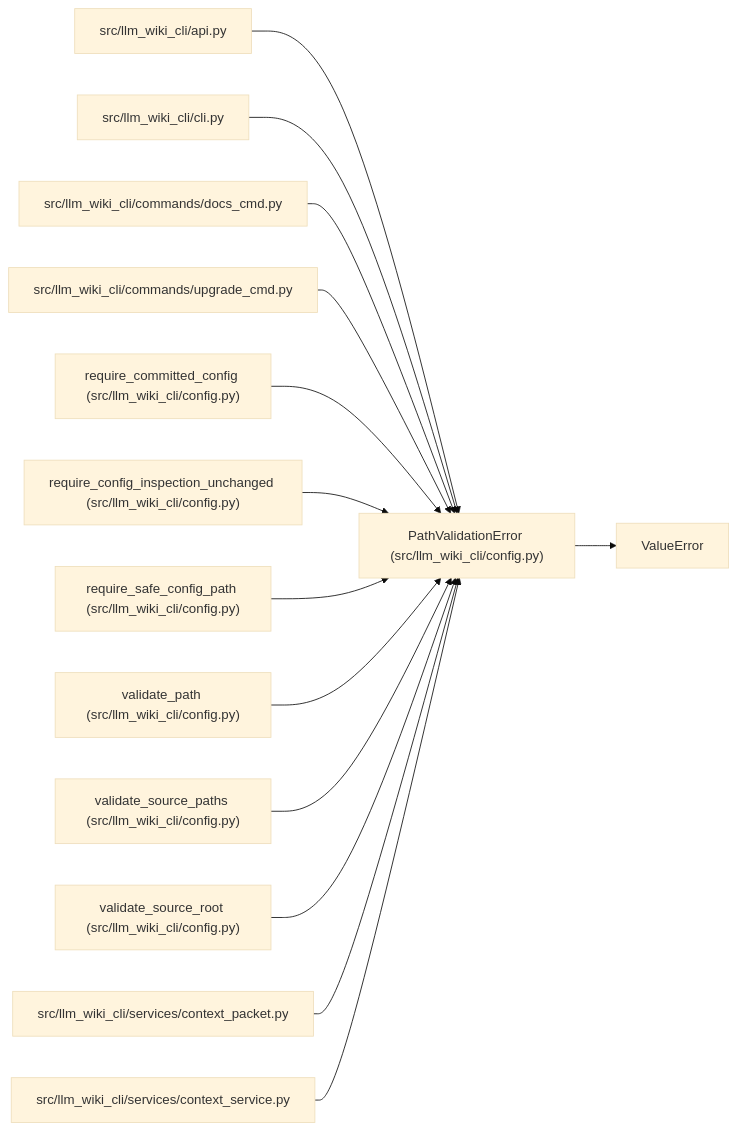
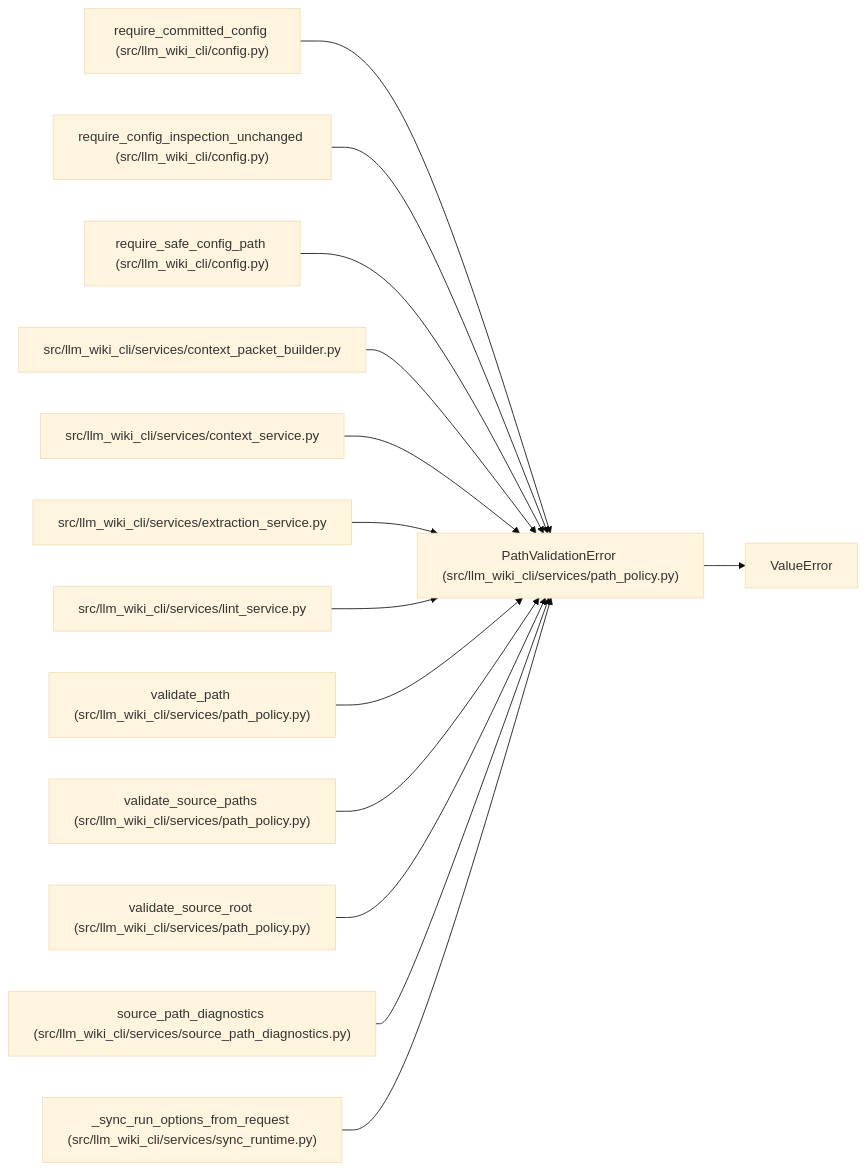
One commit to Denissvgn/python-wiki-llm changed the diagram in docs/llm_wiki/entities/PathValidationError.md. Above: the diagram before and after it, drawn with Mermaid (base theme). The commit also changed other lines of this file and 1555 other files, not shown here.

````diff
--- a/docs/llm_wiki/entities/PathValidationError.md
+++ b/docs/llm_wiki/entities/PathValidationError.md
@@ -23,43 +23,43 @@
 ```mermaid
 flowchart LR
-    n0["PathValidationError (src/llm_wiki_cli/config.py)"]
+    n0["PathValidationError (src/llm_wiki_cli/services/path_policy.py)"]
     n1["ValueError"]
-    n2["src/llm_wiki_cli/api.py"]
-    n3["src/llm_wiki_cli/cli.py"]
-    n4["src/llm_wiki_cli/commands/docs_cmd.py"]
-    n5["src/llm_wiki_cli/commands/upgrade_cmd.py"]
-    n6["require_committed_config (src/llm_wiki_cli/config.py)"]
-    n7["require_config_inspection_unchanged (src/llm_wiki_cli/config.py)"]
-    n8["require_safe_config_path (src/llm_wiki_cli/config.py)"]
-    n9["validate_path (src/llm_wiki_cli/config.py)"]
-    n10["validate_source_paths (src/llm_wiki_cli/config.py)"]
-    n11["validate_source_root (src/llm_wiki_cli/config.py)"]
-    n12["src/llm_wiki_cli/services/context_packet.py"]
-    n13["src/llm_wiki_cli/services/context_service.py"]
+    n2["require_committed_config (src/llm_wiki_cli/config.py)"]
+    n3["require_config_inspection_unchanged (src/llm_wiki_cli/config.py)"]
+    n4["require_safe_config_path (src/llm_wiki_cli/config.py)"]
+    n5["src/llm_wiki_cli/services/context_packet_builder.py"]
+    n6["src/llm_wiki_cli/services/context_service.py"]
+    n7["src/llm_wiki_cli/services/extraction_service.py"]
+    n8["src/llm_wiki_cli/services/lint_service.py"]
+    n9["validate_path (src/llm_wiki_cli/services/path_policy.py)"]
+    n10["validate_source_paths (src/llm_wiki_cli/services/path_policy.py)"]
+    n11["validate_source_root (src/llm_wiki_cli/services/path_policy.py)"]
+    n12["source_path_diagnostics (src/llm_wiki_cli/services/source_path_diagnostics.py)"]
+    n13["_sync_run_options_from_request (src/llm_wiki_cli/services/sync_runtime.py)"]
     n0 --> n1
     n2 --> n0
     n3 --> n0
     n4 --> n0
     n5 --> n0
     n6 --> n0
     n7 --> n0
     n8 --> n0
     n9 --> n0
     n10 --> n0
     n11 --> n0
     n12 --> n0
     n13 --> n0
-    click n0 "../modules/config.md"
-    click n2 "../modules/api.md"
-    click n3 "../modules/cli.md"
-    click n4 "../modules/docs_cmd.md"
-    click n5 "../modules/upgrade_cmd.md"
-    click n6 "../modules/config.md"
-    click n7 "../modules/config.md"
-    click n8 "../modules/config.md"
-    click n9 "../modules/config.md"
-    click n10 "../modules/config.md"
-    click n11 "../modules/config.md"
-    click n12 "../modules/context_packet.md"
-    click n13 "../modules/context_service.md"
+    click n0 "../modules/path_policy.md"
+    click n2 "../modules/config.md"
+    click n3 "../modules/config.md"
+    click n4 "../modules/config.md"
+    click n5 "../modules/context_packet_builder.md"
+    click n6 "../modules/context_service.md"
+    click n7 "../modules/extraction_service.md"
+    click n8 "../modules/lint_service.md"
+    click n9 "../modules/path_policy.md"
+    click n10 "../modules/path_policy.md"
+    click n11 "../modules/path_policy.md"
+    click n12 "../modules/source_path_diagnostics.md"
+    click n13 "../modules/sync_runtime.md"
 ```
````
